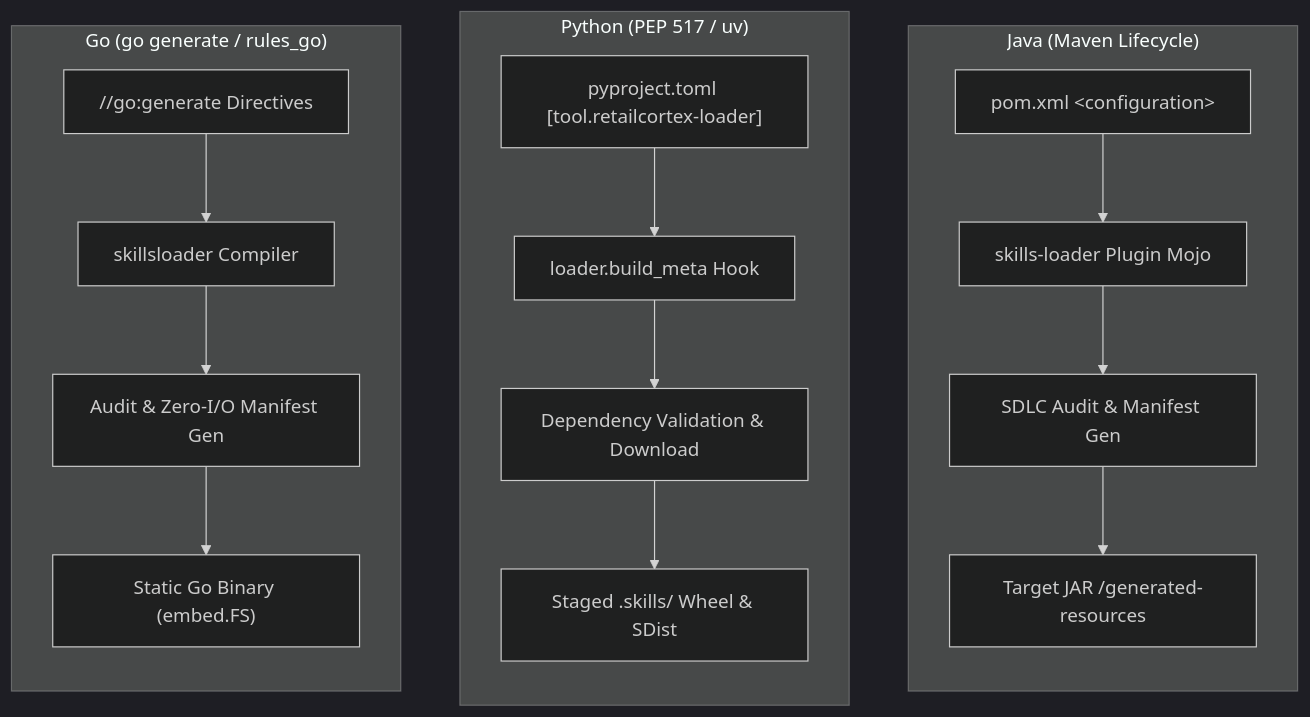
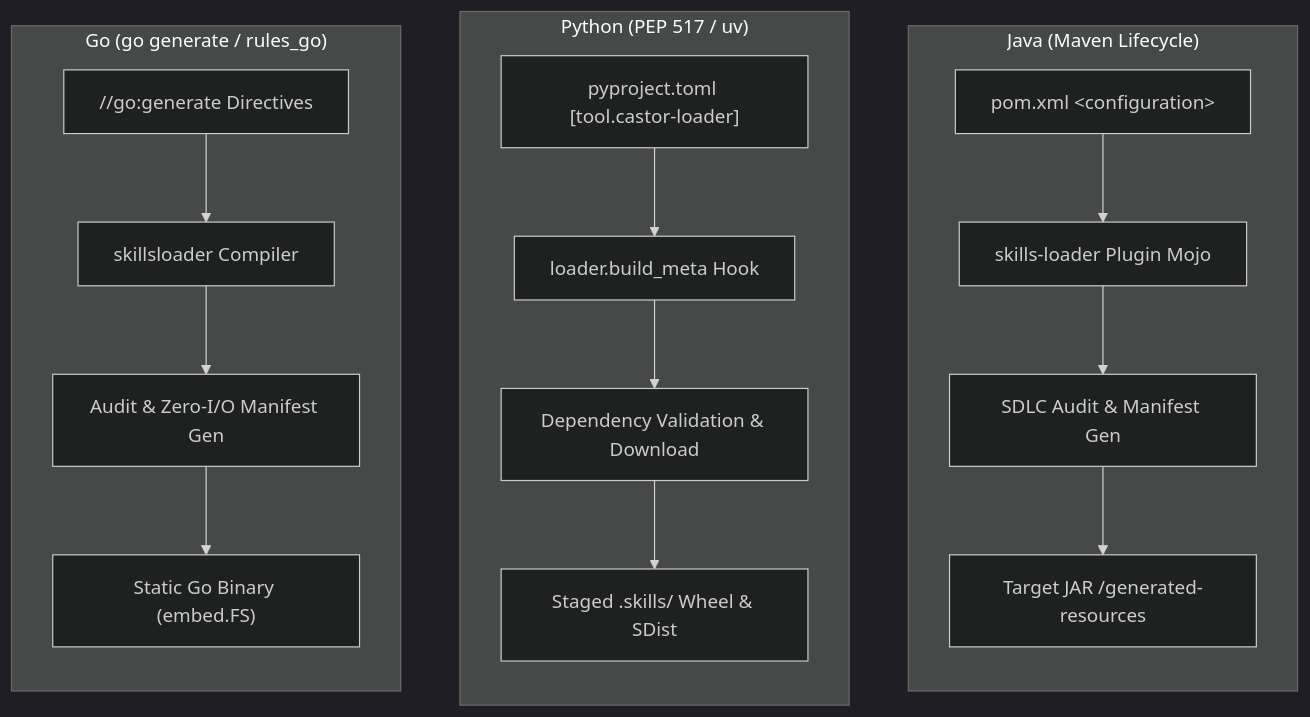
Before and after one commit to retail-cortex/skills: the diagram in docs/content/clients/_index.md, drawn with Mermaid (dark theme). The commit also changed other lines of this file and 90 other files, not shown here.

````diff
--- a/docs/content/clients/_index.md
+++ b/docs/content/clients/_index.md
@@ -16,23 +16,23 @@
 ```mermaid
 graph TD
     subgraph Java ["Java (Maven Lifecycle)"]
         direction TB
         J1["pom.xml &lt;configuration&gt;"] --> J2["skills-loader Plugin Mojo"]
         J2 --> J3["SDLC Audit & Manifest Gen"]
         J3 --> J4["Target JAR /generated-resources"]
     end
 
     subgraph Python ["Python (PEP 517 / uv)"]
         direction TB
-        P1["pyproject.toml [tool.retailcortex-loader]"] --> P2["loader.build_meta Hook"]
+        P1["pyproject.toml [tool.castor-loader]"] --> P2["loader.build_meta Hook"]
         P2 --> P3["Dependency Validation & Download"]
         P3 --> P4["Staged .skills/ Wheel & SDist"]
     end
 
     subgraph Go ["Go (go generate / rules_go)"]
         direction TB
         G1["//go:generate Directives"] --> G2["skillsloader Compiler"]
         G2 --> G3["Audit & Zero-I/O Manifest Gen"]
         G3 --> G4["Static Go Binary (embed.FS)"]
     end
 ```
````
